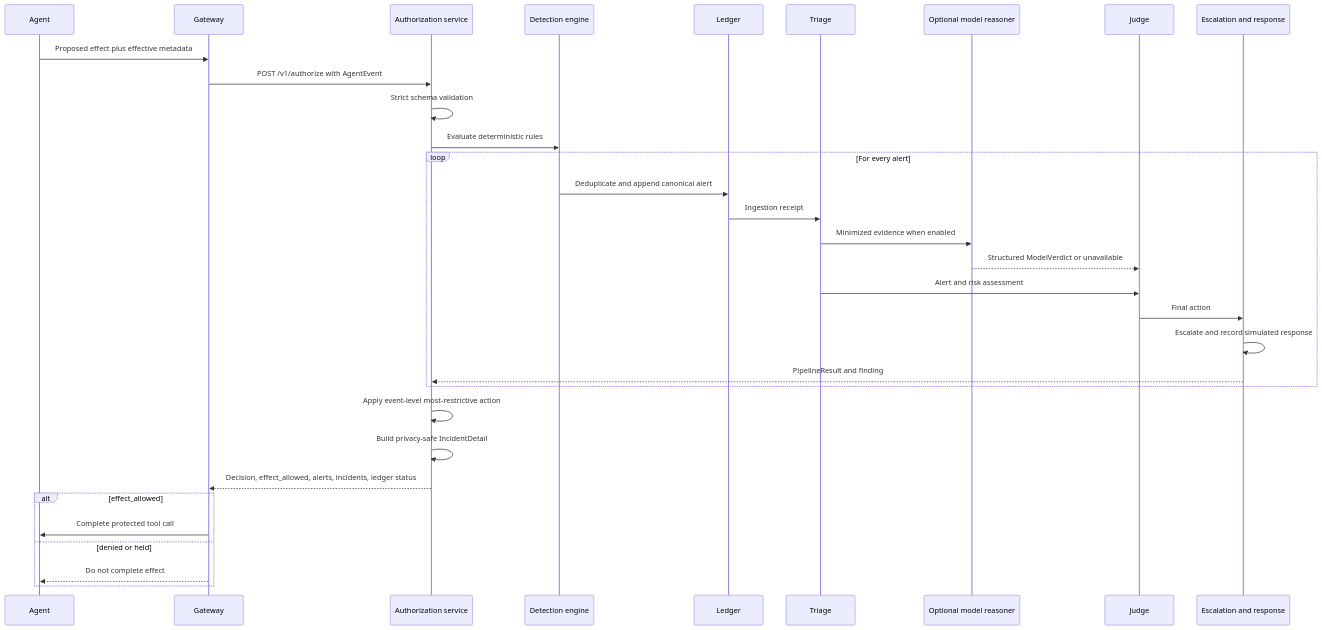
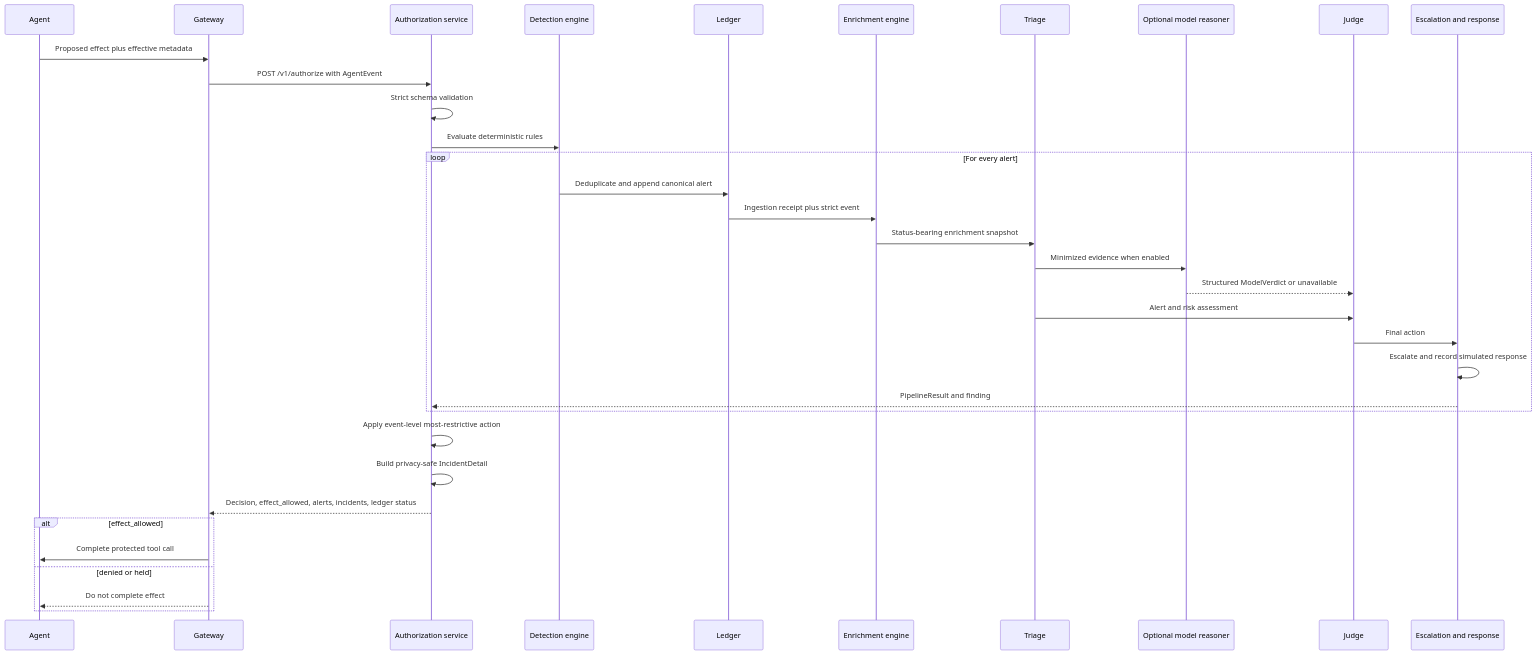
Before and after one commit to geminipolo1991-vampire/agentsec: the third of 7 diagrams in docs/architecture.md, drawn with Mermaid. The commit also changed other lines of this file and 455 other files, not shown here.

````diff
--- a/docs/architecture.md
+++ b/docs/architecture.md
@@ -206,35 +211,37 @@
 ```mermaid
 sequenceDiagram
     participant Agent
     participant Gateway
     participant API as Authorization service
     participant Detect as Detection engine
     participant Ledger
+    participant Enrich as Enrichment engine
     participant Triage
     participant Model as Optional model reasoner
     participant Judge
     participant SOC as Escalation and response
 
     Agent->>Gateway: Proposed effect plus effective metadata
     Gateway->>API: POST /v1/authorize with AgentEvent
     API->>API: Strict schema validation
     API->>Detect: Evaluate deterministic rules
     loop For every alert
       Detect->>Ledger: Deduplicate and append canonical alert
-      Ledger->>Triage: Ingestion receipt
+      Ledger->>Enrich: Ingestion receipt plus strict event
+      Enrich->>Triage: Status-bearing enrichment snapshot
       Triage->>Model: Minimized evidence when enabled
       Model-->>Judge: Structured ModelVerdict or unavailable
       Triage->>Judge: Alert and risk assessment
       Judge->>SOC: Final action
       SOC->>SOC: Escalate and record simulated response
       SOC-->>API: PipelineResult and finding
     end
     API->>API: Apply event-level most-restrictive action
     API->>API: Build privacy-safe IncidentDetail
     API-->>Gateway: Decision, effect_allowed, alerts, incidents, ledger status
     alt effect_allowed
       Gateway->>Agent: Complete protected tool call
     else denied or held
       Gateway-->>Agent: Do not complete effect
     end
 ```
````
